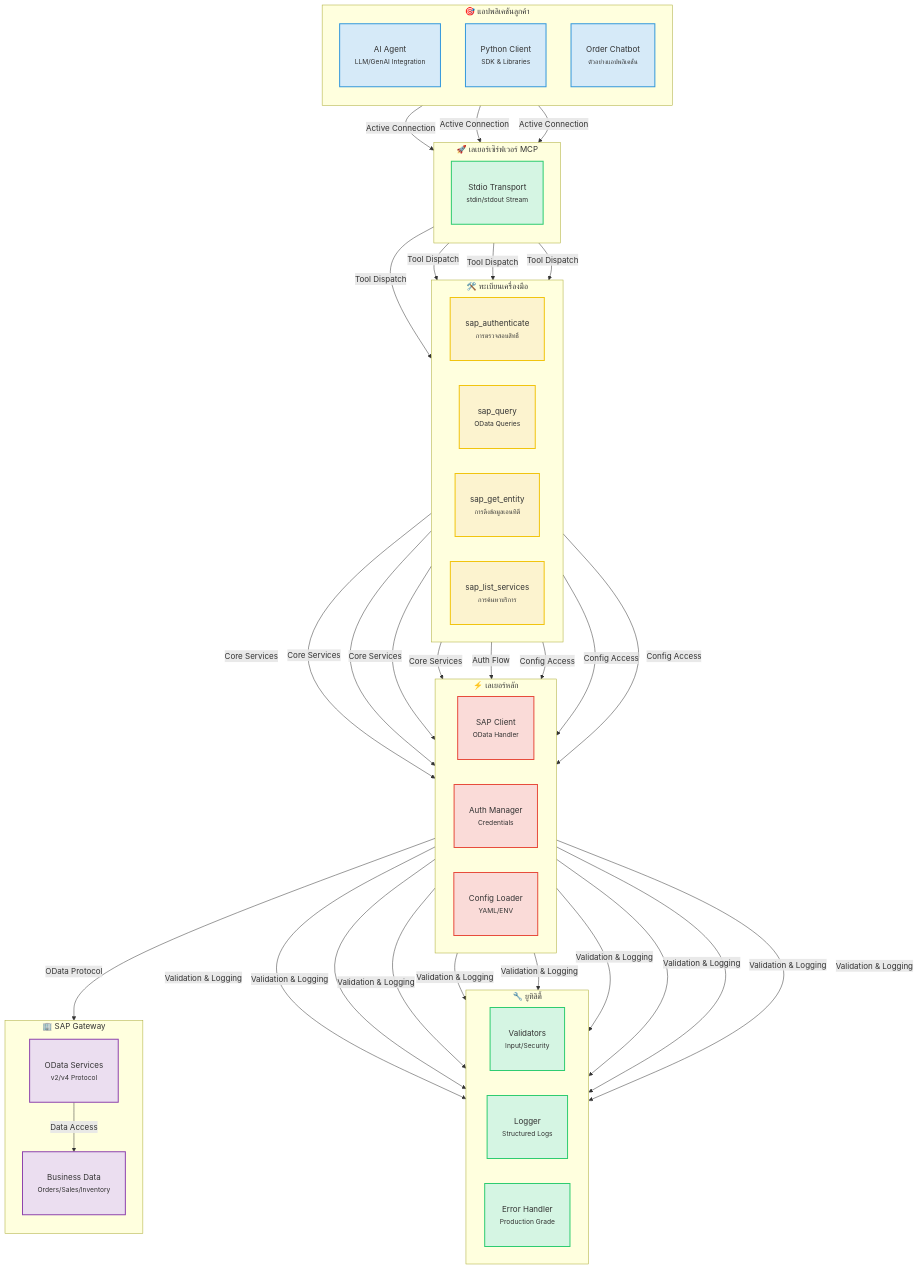
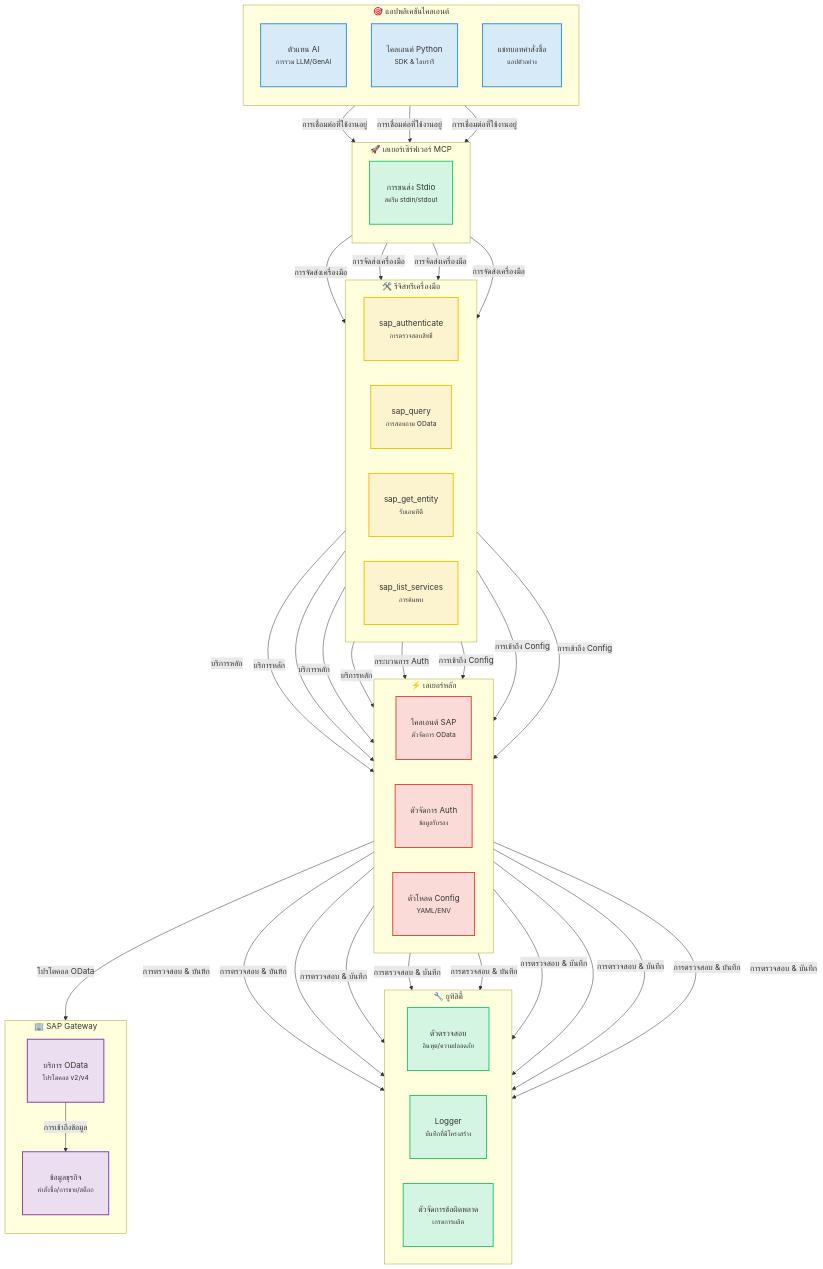
Before and after one commit to midasol/sap-mcp-server: the first of 5 diagrams in README.th.md, drawn with Mermaid. The commit also changed other lines of this file and 7 other files, not shown here.

````diff
--- a/README.th.md
+++ b/README.th.md
@@ -41,66 +120,66 @@
 ```mermaid
 graph TB
-    subgraph clients["🎯 แอปพลิเคชันลูกค้า"]
+    subgraph clients["🎯 แอปพลิเคชันไคลเอนต์"]
         direction TB
-        A1["AI Agent<br/><small>LLM/GenAI Integration</small>"]
-        A2["Python Client<br/><small>SDK & Libraries</small>"]
-        A3["Order Chatbot<br/><small>ตัวอย่างแอปพลิเคชัน</small>"]
+        A1["ตัวแทน AI<br/><small>การรวม LLM/GenAI</small>"]
+        A2["ไคลเอนต์ Python<br/><small>SDK & ไลบรารี</small>"]
+        A3["แชทบอทคำสั่งซื้อ<br/><small>แอปตัวอย่าง</small>"]
     end
 
     subgraph transport["🚀 เลเยอร์เซิร์ฟเวอร์ MCP"]
         direction TB
-        B1["Stdio Transport<br/><small>stdin/stdout Stream</small>"]
+        B1["การขนส่ง Stdio<br/><small>สตรีม stdin/stdout</small>"]
     end
 
-    subgraph registry["🛠️ ทะเบียนเครื่องมือ"]
+    subgraph registry["🛠️ รีจิสทรีเครื่องมือ"]
         direction LR
         C1["sap_authenticate<br/><small>การตรวจสอบสิทธิ์</small>"]
-        C2["sap_query<br/><small>OData Queries</small>"]
-        C3["sap_get_entity<br/><small>การดึงข้อมูลเอนทิตี</small>"]
-        C4["sap_list_services<br/><small>การค้นหาบริการ</small>"]
+        C2["sap_query<br/><small>การสอบถาม OData</small>"]
+        C3["sap_get_entity<br/><small>รับเอนทิตี</small>"]
+        C4["sap_list_services<br/><small>การค้นพบ</small>"]
     end
 
     subgraph core["⚡ เลเยอร์หลัก"]
         direction LR
-        D1["SAP Client<br/><small>OData Handler</small>"]
-        D2["Auth Manager<br/><small>Credentials</small>"]
-        D3["Config Loader<br/><small>YAML/ENV</small>"]
+        D1["ไคลเอนต์ SAP<br/><small>ตัวจัดการ OData</small>"]
+        D2["ตัวจัดการ Auth<br/><small>ข้อมูลรับรอง</small>"]
+        D3["ตัวโหลด Config<br/><small>YAML/ENV</small>"]
     end
 
     subgraph utils["🔧 ยูทิลิตี้"]
         direction LR
-        E1["Validators<br/><small>Input/Security</small>"]
-        E2["Logger<br/><small>Structured Logs</small>"]
-        E3["Error Handler<br/><small>Production Grade</small>"]
+        E1["ตัวตรวจสอบ<br/><small>อินพุต/ความปลอดภัย</small>"]
+        E2["Logger<br/><small>บันทึกที่มีโครงสร้าง</small>"]
+        E3["ตัวจัดการข้อผิดพลาด<br/><small>เกรดการผลิต</small>"]
     end
 
     subgraph sap["🏢 SAP Gateway"]
         direction TB
-        F1["OData Services<br/><small>v2/v4 Protocol</small>"]
-        F2["Business Data<br/><small>Orders/Sales/Inventory</small>"]
+        F1["บริการ OData<br/><small>โปรโตคอล v2/v4</small>"]
+        F2["ข้อมูลธุรกิจ<br/><small>คำสั่งซื้อ/การขาย/สต็อก</small>"]
     end
 
-    A1 & A2 & A3 -->|Active Connection| B1
-    B1 -->|Tool Dispatch| C1 & C2 & C3 & C4
-    C1 & C2 & C3 & C4 -->|Core Services| D1
-    C1 -->|Auth Flow| D2
-    C2 & C3 & C4 -->|Config Access| D3
-    D1 & D2 & D3 -->|Validation & Logging| E1 & E2 & E3
-    D1 -->|OData Protocol| F1
-    F1 -->|Data Access| F2
+    A1 & A2 & A3 -->|การเชื่อมต่อที่ใช้งานอยู่| B1
+    B1 -->|การจัดส่งเครื่องมือ| C1 & C2 & C3 & C4
+    C1 & C2 & C3 & C4 -->|บริการหลัก| D1
+    C1 -->|กระบวนการ Auth| D2
+    C2 & C3 & C4 -->|การเข้าถึง Config| D3
+    D1 & D2 & D3 -->|การตรวจสอบ & บันทึก| E1 & E2 & E3
+    D1 -->|โปรโตคอล OData| F1
+    F1 -->|การเข้าถึงข้อมูล| F2
 
     classDef clientNode fill:#D6EAF8,stroke:#3498DB,stroke-width:2px,padding:20px
     classDef transportNode fill:#D5F5E3,stroke:#2ECC71,stroke-width:2px,padding:20px
     classDef futureNode fill:#E8E8E8,stroke:#999999,stroke-width:2px,stroke-dasharray:5 5
     classDef toolNode fill:#FCF3CF,stroke:#F1C40F,stroke-width:2px,padding:20px
     classDef coreNode fill:#FADBD8,stroke:#E74C3C,stroke-width:2px,padding:20px
     classDef utilNode fill:#D5F5E3,stroke:#2ECC71,stroke-width:2px,padding:20px
     classDef sapNode fill:#EBDEF0,stroke:#8E44AD,stroke-width:2px,padding:20px
 
     class A1,A2,A3 clientNode
     class B1 transportNode
     class C1,C2,C3,C4 toolNode
     class D1,D2,D3 coreNode
     class E1,E2,E3 utilNode
     class F1,F2 sapNode
 ```
````
